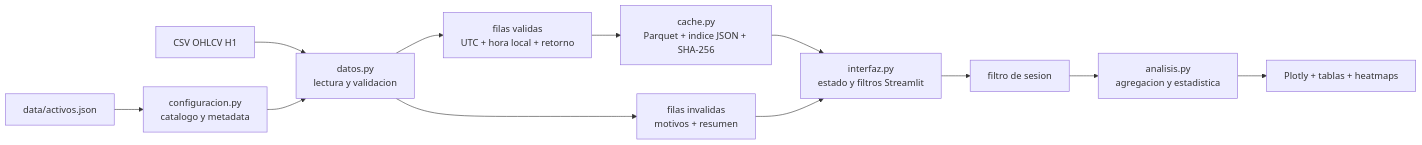
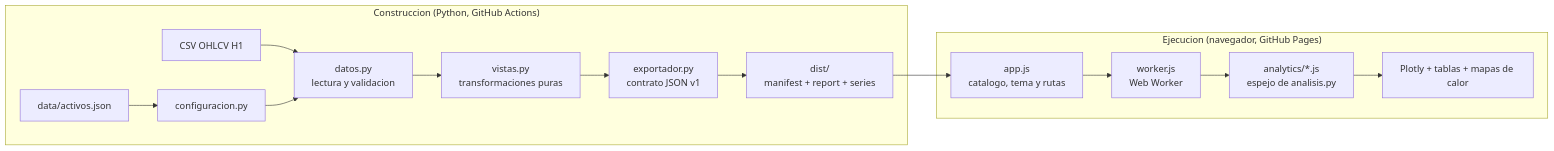
Before and after one commit to Seggov/seasonal-market-dashboard: the diagram in README.md, drawn with Mermaid. The commit also changed other lines of this file, not shown here.

First line of the commit message:
docs: document static build and deployment

````diff
--- a/README.md
+++ b/README.md
@@ -104,17 +110,18 @@
 ```mermaid
 flowchart LR
-    catalog["data/activos.json"] --> config["configuracion.py<br/>catalogo y metadata"]
-    csv["CSV OHLCV H1"] --> data["datos.py<br/>lectura y validacion"]
-    config --> data
+    subgraph build["Construccion (Python, GitHub Actions)"]
+        catalog["data/activos.json"] --> config["configuracion.py"]
+        csv["CSV OHLCV H1"] --> data["datos.py<br/>lectura y validacion"]
+        config --> data
+        data --> views["vistas.py<br/>transformaciones puras"]
+        views --> export["exportador.py<br/>contrato JSON v1"]
+        export --> dist["dist/<br/>manifest + report + series"]
+    end
 
-    data --> valid["filas validas<br/>UTC + hora local + retorno"]
-    data --> invalid["filas invalidas<br/>motivos + resumen"]
-
-    valid --> cache["cache.py<br/>Parquet + indice JSON + SHA-256"]
-    cache --> ui["interfaz.py<br/>estado y filtros Streamlit"]
-    invalid --> ui
-
-    ui --> session["filtro de sesion"]
-    session --> analysis["analisis.py<br/>agregacion y estadistica"]
-    analysis --> charts["Plotly + tablas + heatmaps"]
+    subgraph run["Ejecucion (navegador, GitHub Pages)"]
+        dist --> app["app.js<br/>catalogo, tema y rutas"]
+        app --> worker["worker.js<br/>Web Worker"]
+        worker --> core["analytics/*.js<br/>espejo de analisis.py"]
+        core --> charts["Plotly + tablas + mapas de calor"]
+    end
 ```
````
